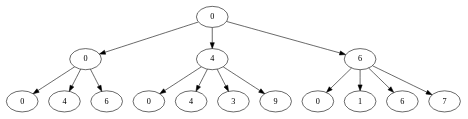
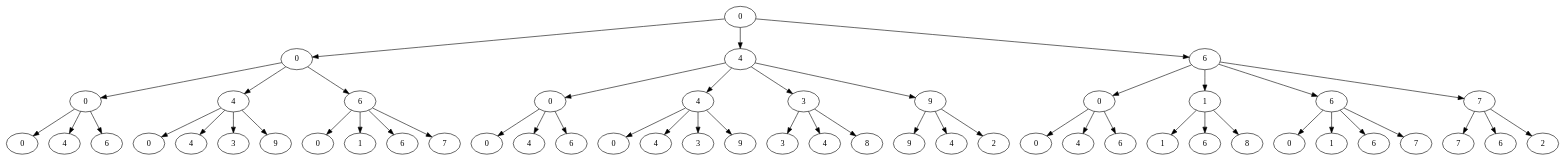
One commit to ajthomson/ChessPhoneNumbers changed the diagram in docs/knight.dot. Above: the diagram before and after it, drawn with Graphviz. The commit also changed 2 other files, not shown here.

Commit message:
updated graph

```diff
--- a/docs/knight.dot
+++ b/docs/knight.dot
@@ -1,39 +1,137 @@
 digraph knight0 {
 	start [label="0"]
 	l1_00 [label="0"]
 	l1_04 [label="4"]
 	l1_06 [label="6"]
 
 	l2_000 [label="0"]
 	l2_004 [label="4"]
 	l2_006 [label="6"]
 
 	l2_040 [label="0"]
 	l2_044 [label="4"]
 	l2_043 [label="3"]
 	l2_049 [label="9"]
 
 	l2_060 [label="0"]
 	l2_061 [label="1"]
 	l2_066 [label="6"]
 	l2_067 [label="7"]
-	
+
+
+    l3_0000 [label="0"]
+    l3_0004 [label="4"]
+    l3_0006 [label="6"]
+
+    l3_0040 [label="0"]
+    l3_0044 [label="4"]
+    l3_0043 [label="3"]
+    l3_0049 [label="9"]
+
+    l3_0060 [label="0"]
+    l3_0061 [label="1"]
+    l3_0066 [label="6"]
+    l3_0067 [label="7"]
+
+
+    l3_0400 [label="0"]
+    l3_0404 [label="4"]
+    l3_0406 [label="6"]
+
+    l3_0440 [label="0"]
+    l3_0444 [label="4"]
+    l3_0443 [label="3"]
+    l3_0449 [label="9"]
+
+    l3_0433 [label="3"]
+    l3_0434 [label="4"]
+    l3_0438 [label="8"]
+
+    l3_0499 [label="9"]
+    l3_0494 [label="4"]
+    l3_0492 [label="2"]
+
+    l3_0600 [label="0"]
+    l3_0604 [label="4"]
+    l3_0606 [label="6"]
+
+    l3_0611 [label="1"]
+    l3_0616 [label="6"]
+    l3_0618 [label="8"]
+
+    l3_0660 [label="0"]
+    l3_0661 [label="1"]
+    l3_0666 [label="6"]
+    l3_0667 [label="7"]
+
+    l3_0677 [label="7"]
+    l3_0676 [label="6"]
+    l3_0672 [label="2"]
+
 	start -> l1_00
 	start -> l1_04
 	start -> l1_06
 
 	l1_00 -> l2_000
 	l1_00 -> l2_004
 	l1_00 -> l2_006
 
 	l1_04 -> l2_040
 	l1_04 -> l2_044
 	l1_04 -> l2_043
 	l1_04 -> l2_049
 
 	l1_06 -> l2_060
 	l1_06 -> l2_061
 	l1_06 -> l2_066
 	l1_06 -> l2_067
 
+    l2_000 -> l3_0000
+    l2_000 -> l3_0004
+    l2_000 -> l3_0006
+
+    l2_004 -> l3_0040
+    l2_004 -> l3_0044
+    l2_004 -> l3_0043
+    l2_004 -> l3_0049
+
+    l2_006 -> l3_0060
+    l2_006 -> l3_0061
+    l2_006 -> l3_0066
+    l2_006 -> l3_0067
+
+    l2_040 -> l3_0400
+    l2_040 -> l3_0404
+    l2_040 -> l3_0406
+
+    l2_044 -> l3_0440
+    l2_044 -> l3_0443
+    l2_044 -> l3_0444
+    l2_044 -> l3_0449
+
+    l2_043 -> l3_0433
+    l2_043 -> l3_0434
+    l2_043 -> l3_0438
+
+    l2_049 -> l3_0492
+    l2_049 -> l3_0494
+    l2_049 -> l3_0499
+
+    l2_060 -> l3_0600
+    l2_060 -> l3_0604
+    l2_060 -> l3_0606
+
+    l2_061 -> l3_0611
+    l2_061 -> l3_0616
+    l2_061 -> l3_0618
+
+    l2_066 -> l3_0660
+    l2_066 -> l3_0661
+    l2_066 -> l3_0666
+    l2_066 -> l3_0667
+
+    l2_067 -> l3_0672
+    l2_067 -> l3_0676
+    l2_067 -> l3_0677
+
 }
```
